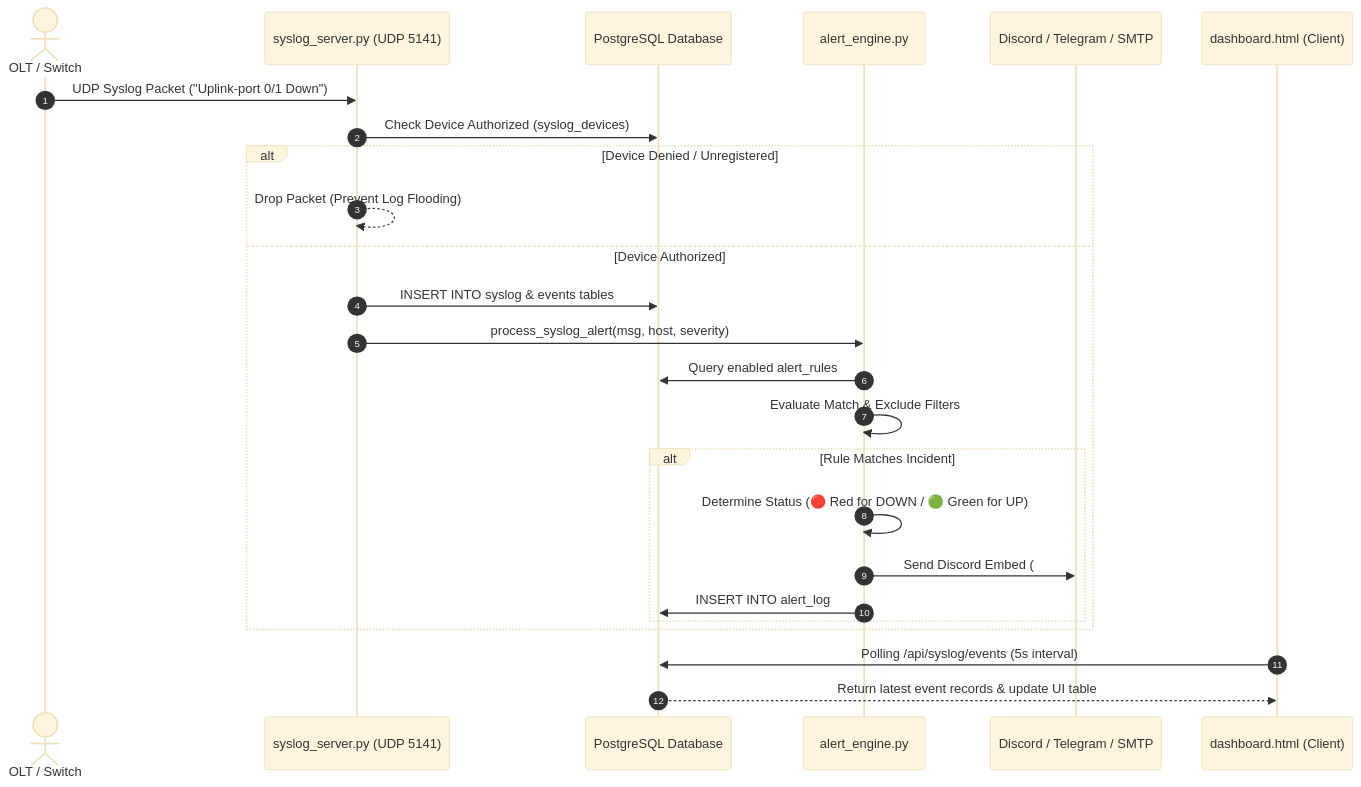
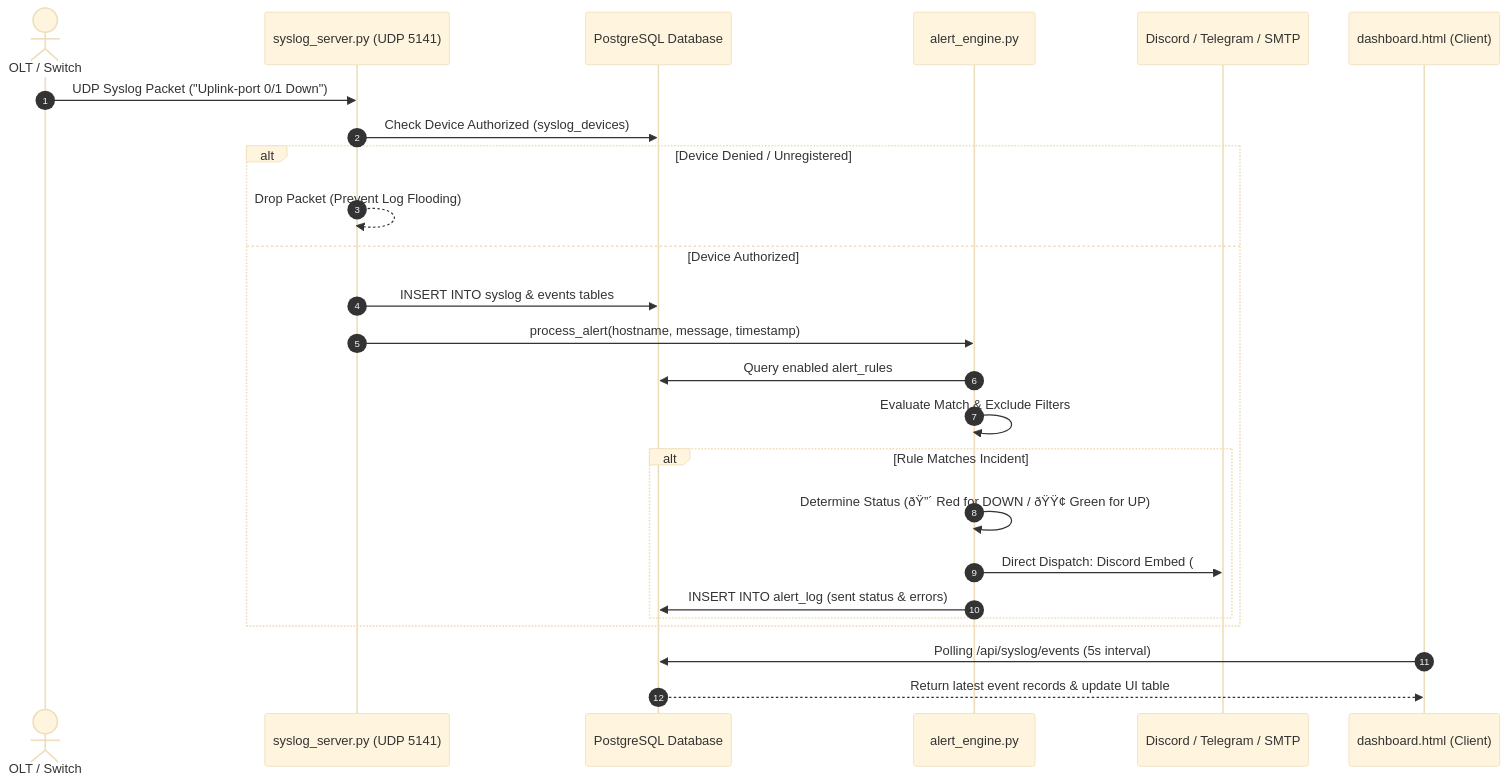
Before and after one commit to Deaddemon001/SNOC: the second of 4 diagrams in software_architecture.md, drawn with Mermaid (base theme). The commit also changed other lines of this file and 24 other files, not shown here.

````diff
--- a/software_architecture.md
+++ b/software_architecture.md
@@ -119,28 +119,28 @@
 ```mermaid
 sequenceDiagram
     autonumber
     actor OLT as OLT / Switch
     participant SYSLOG as syslog_server.py (UDP 5141)
     participant DB as PostgreSQL Database
     participant ALERT as alert_engine.py
     participant DISCORD as Discord / Telegram / SMTP
     participant DASH as dashboard.html (Client)
 
     OLT->>SYSLOG: UDP Syslog Packet ("Uplink-port 0/1 Down")
     SYSLOG->>DB: Check Device Authorized (syslog_devices)
     alt Device Denied / Unregistered
         SYSLOG-->>SYSLOG: Drop Packet (Prevent Log Flooding)
     else Device Authorized
         SYSLOG->>DB: INSERT INTO syslog & events tables
-        SYSLOG->>ALERT: process_syslog_alert(msg, host, severity)
+        SYSLOG->>ALERT: process_alert(hostname, message, timestamp)
         ALERT->>DB: Query enabled alert_rules
         ALERT->>ALERT: Evaluate Match & Exclude Filters
         alt Rule Matches Incident
-            ALERT->>ALERT: Determine Status (🔴 Red for DOWN / 🟢 Green for UP)
-            ALERT->>DISCORD: Send Discord Embed (#dc3545) / HTML Email / Telegram
-            ALERT->>DB: INSERT INTO alert_log
+            ALERT->>ALERT: Determine Status (ðŸ”´ Red for DOWN / ðŸŸ¢ Green for UP)
+            ALERT->>DISCORD: Direct Dispatch: Discord Embed (#dc3545) / HTML Email / Telegram
+            ALERT->>DB: INSERT INTO alert_log (sent status & errors)
         end
     end
     DASH->>DB: Polling /api/syslog/events (5s interval)
     DB-->>DASH: Return latest event records & update UI table
 ```
````
